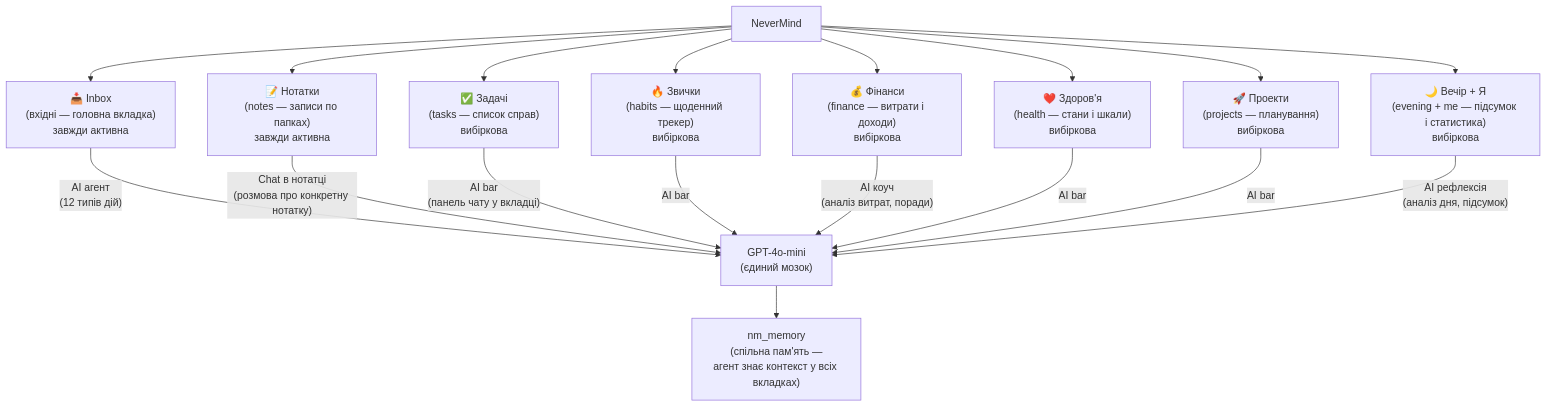
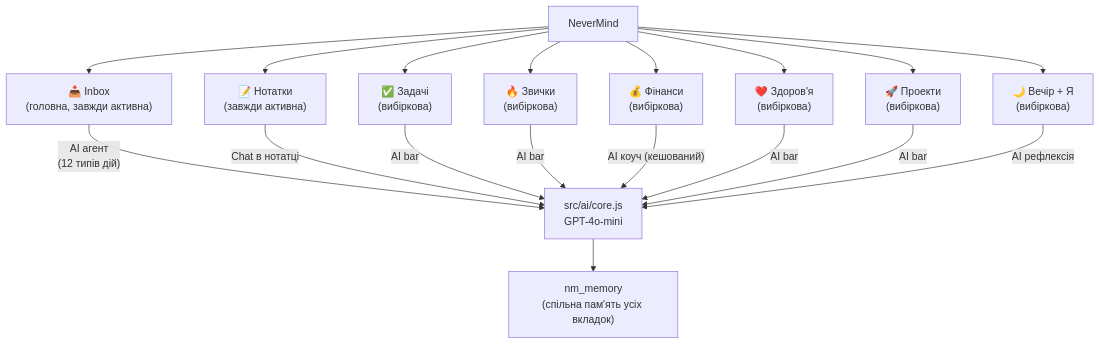
Before and after one commit to OWLs68/NeverMind: the sixth of 6 diagrams in docs/ARCHITECTURE.md, drawn with Mermaid. The commit also changed other lines of this file and 2 other files, not shown here.

First line of the commit message:
docs: rewrite START_HERE.md + docs/ARCHITECTURE.md for src/ structure

````diff
--- a/docs/ARCHITECTURE.md
+++ b/docs/ARCHITECTURE.md
@@ -229,22 +253,22 @@
 ```mermaid
 graph TD
-    APP[NeverMind] --> INB_T["📥 Inbox\n(вхідні — головна вкладка)\nзавжди активна"]
-    APP --> NOT_T["📝 Нотатки\n(notes — записи по папках)\nзавжди активна"]
-    APP --> TSK_T["✅ Задачі\n(tasks — список справ)\nвибіркова"]
-    APP --> HAB_T["🔥 Звички\n(habits — щоденний трекер)\nвибіркова"]
-    APP --> FIN_T["💰 Фінанси\n(finance — витрати і доходи)\nвибіркова"]
-    APP --> HLT_T["❤️ Здоров'я\n(health — стани і шкали)\nвибіркова"]
-    APP --> PRJ_T["🚀 Проекти\n(projects — планування)\nвибіркова"]
-    APP --> EVE_T["🌙 Вечір + Я\n(evening + me — підсумок і статистика)\nвибіркова"]
+    APP[NeverMind] --> INB_T["📥 Inbox<br/>(головна, завжди активна)"]
+    APP --> NOT_T["📝 Нотатки<br/>(завжди активна)"]
+    APP --> TSK_T["✅ Задачі<br/>(вибіркова)"]
+    APP --> HAB_T["🔥 Звички<br/>(вибіркова)"]
+    APP --> FIN_T["💰 Фінанси<br/>(вибіркова)"]
+    APP --> HLT_T["❤️ Здоров'я<br/>(вибіркова)"]
+    APP --> PRJ_T["🚀 Проекти<br/>(вибіркова)"]
+    APP --> EVE_T["🌙 Вечір + Я<br/>(вибіркова)"]
 
-    INB_T --> |"AI агент\n(12 типів дій)"| AICORE["GPT-4o-mini\n(єдиний мозок)"]
-    NOT_T --> |"Chat в нотатці\n(розмова про конкретну нотатку)"| AICORE
-    TSK_T --> |"AI bar\n(панель чату у вкладці)"| AICORE
+    INB_T --> |"AI агент<br/>(12 типів дій)"| AICORE["src/ai/core.js<br/>GPT-4o-mini"]
+    NOT_T --> |"Chat в нотатці"| AICORE
+    TSK_T --> |"AI bar"| AICORE
     HAB_T --> |"AI bar"| AICORE
-    FIN_T --> |"AI коуч\n(аналіз витрат, поради)"| AICORE
+    FIN_T --> |"AI коуч (кешований)"| AICORE
     HLT_T --> |"AI bar"| AICORE
     PRJ_T --> |"AI bar"| AICORE
-    EVE_T --> |"AI рефлексія\n(аналіз дня, підсумок)"| AICORE
+    EVE_T --> |"AI рефлексія"| AICORE
 
-    AICORE --> MEM_T["nm_memory\n(спільна пам'ять —\nагент знає контекст у всіх вкладках)"]
+    AICORE --> MEM_T["nm_memory<br/>(спільна пам'ять усіх вкладок)"]
 ```
````
